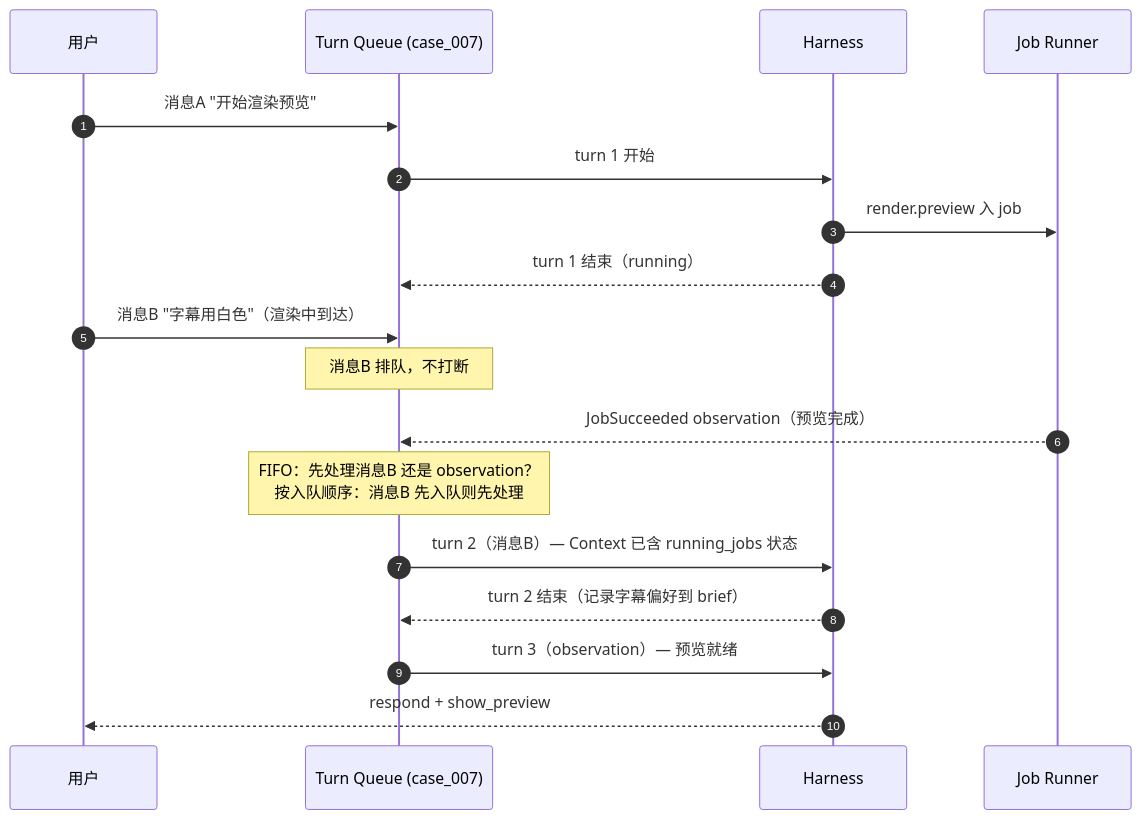
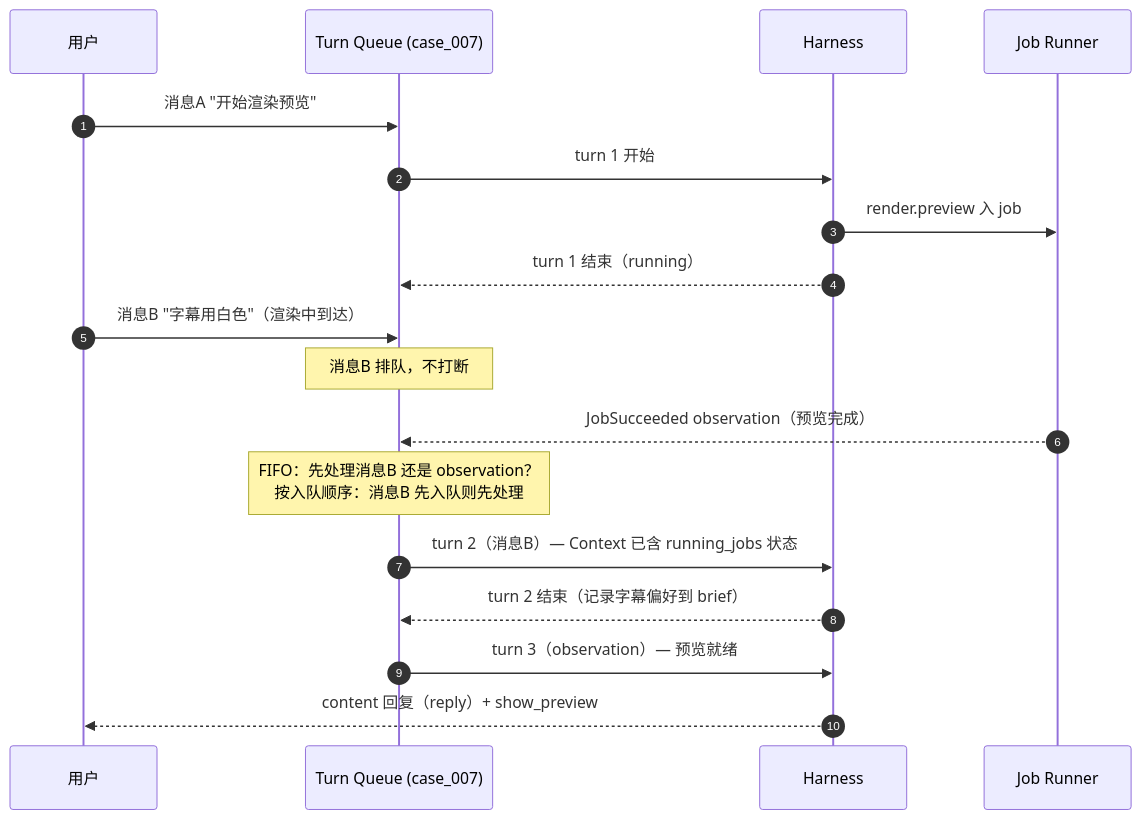
Before and after one commit to nanzhi84/Rushes: the ninth of 23 diagrams in chat_first_editing_agent_prd_v1_2.md, drawn with Mermaid. The commit also changed other lines of this file and 40 other files, not shown here.

````diff
--- a/chat_first_editing_agent_prd_v1_2.md
+++ b/chat_first_editing_agent_prd_v1_2.md
@@ -799,21 +805,21 @@
 ```mermaid
 sequenceDiagram
   autonumber
   participant U as 用户
   participant Q as Turn Queue (case_007)
   participant H as Harness
   participant J as Job Runner
 
   U->>Q: 消息A "开始渲染预览"
   Q->>H: turn 1 开始
   H->>J: render.preview 入 job
   H-->>Q: turn 1 结束（running）
   U->>Q: 消息B "字幕用白色"（渲染中到达）
   Note over Q: 消息B 排队，不打断
   J-->>Q: JobSucceeded observation（预览完成）
   Note over Q: FIFO：先处理消息B 还是 observation？<br/>按入队顺序：消息B 先入队则先处理
   Q->>H: turn 2（消息B）— Context 已含 running_jobs 状态
   H-->>Q: turn 2 结束（记录字幕偏好到 brief）
   Q->>H: turn 3（observation）— 预览就绪
-  H-->>U: respond + show_preview
+  H-->>U: content 回复（reply）+ show_preview
 ```
````
